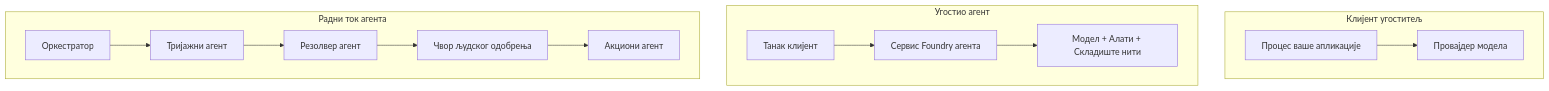
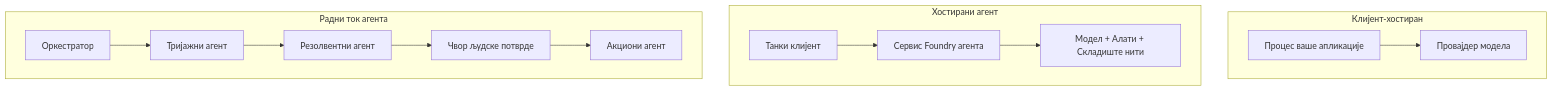
The first of 4 diagrams in translations/sr/16-deploying-scalable-agents/README.md (microsoft/ai-agents-for-beginners), drawn with Mermaid before and after one commit. The commit also changed other lines of this file and 47 other files, not shown here.

````diff
--- a/translations/sr/16-deploying-scalable-agents/README.md
+++ b/translations/sr/16-deploying-scalable-agents/README.md
@@ -87,16 +87,16 @@
 ```mermaid
 flowchart TB
-    subgraph P1[Клијент угоститељ]
+    subgraph P1[Клијент-хостиран]
         A1[Процес ваше апликације] --> M1[Провајдер модела]
     end
-    subgraph P2[Угостио агент]
-        A2[Танак клијент] --> F2[Сервис Foundry агента]
+    subgraph P2[Хостирани агент]
+        A2[Танки клијент] --> F2[Сервис Foundry агента]
         F2 --> M2[Модел + Алати + Складиште нити]
     end
     subgraph P3[Радни ток агента]
         A3[Оркестратор] --> S1[Тријажни агент]
-        S1 --> S2[Резолвер агент]
-        S2 --> H[Чвор људског одобрења]
+        S1 --> S2[Резолвентни агент]
+        S2 --> H[Чвор људске потврде]
         H --> S3[Акциони агент]
     end
 ```
````
